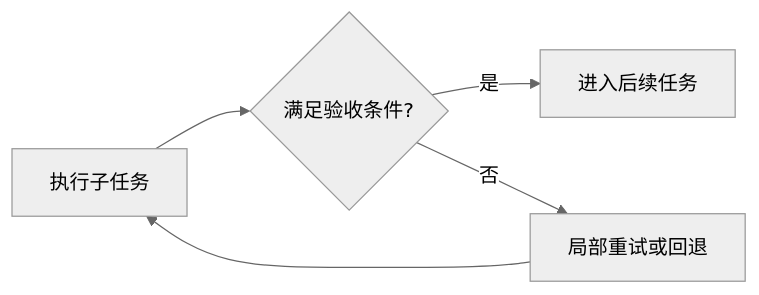
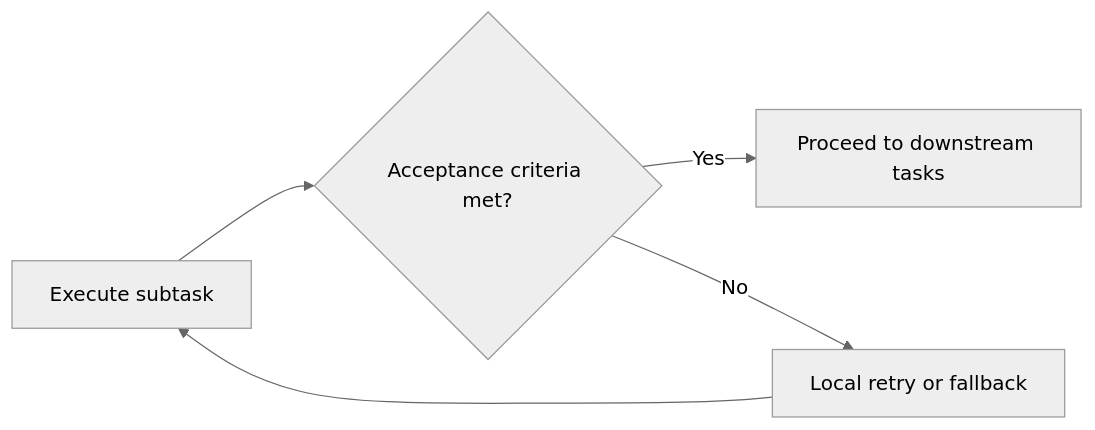
The second of 16 diagrams in docs/agent/02-reasoning-planning/06-task-decomposition.md (oneleaveknowsthefall/awesome-ai-roadmap), drawn with Mermaid (neutral theme) before and after one commit. The commit also changed other lines of this file and 68 other files, not shown here.

````diff
--- a/docs/agent/02-reasoning-planning/06-task-decomposition.md
+++ b/docs/agent/02-reasoning-planning/06-task-decomposition.md
@@ -61,7 +61,7 @@
 ```mermaid
 flowchart LR
-    T[执行子任务] --> V{满足验收条件?}
-    V -->|是| NEXT[进入后续任务]
-    V -->|否| R[局部重试或回退]
+    T[Execute subtask] --> V{Acceptance criteria met?}
+    V -->|Yes| NEXT[Proceed to downstream tasks]
+    V -->|No| R[Local retry or fallback]
     R --> T
 ```
````
